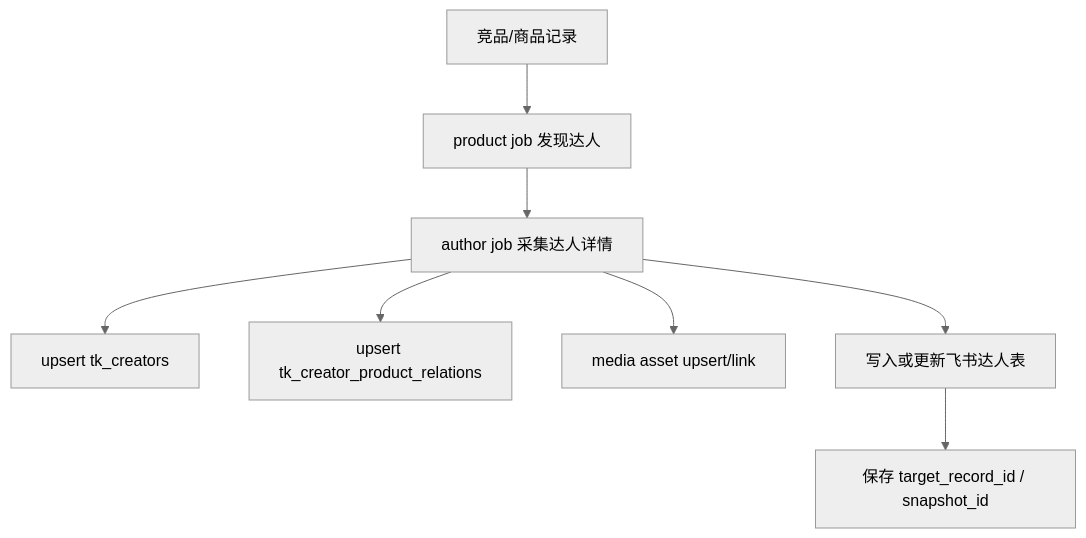
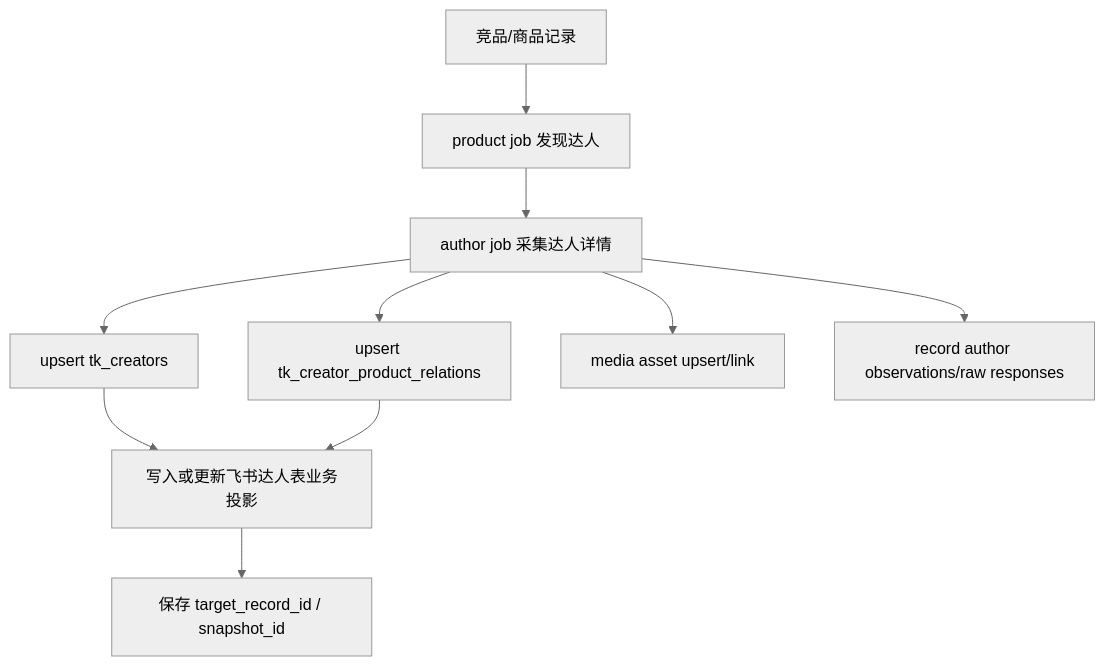
The third of 4 diagrams in docs/arch/fact-db-schema-design.md (knighterrantsky/mujitask), drawn with Mermaid (neutral theme) before and after one commit. The commit also changed other lines of this file and 3 other files, not shown here.

````diff
--- a/docs/arch/fact-db-schema-design.md
+++ b/docs/arch/fact-db-schema-design.md
@@ -228,10 +291,12 @@
 ```mermaid
 flowchart TD
     A["竞品/商品记录"] --> B["product job 发现达人"]
     B --> C["author job 采集达人详情"]
     C --> D["upsert tk_creators"]
     C --> E["upsert tk_creator_product_relations"]
     C --> F["media asset upsert/link"]
-    C --> G["写入或更新飞书达人表"]
-    G --> H["保存 target_record_id / snapshot_id"]
+    C --> G["record author observations/raw responses"]
+    D --> H["写入或更新飞书达人表业务投影"]
+    E --> H
+    H --> I["保存 target_record_id / snapshot_id"]
 ```
````
